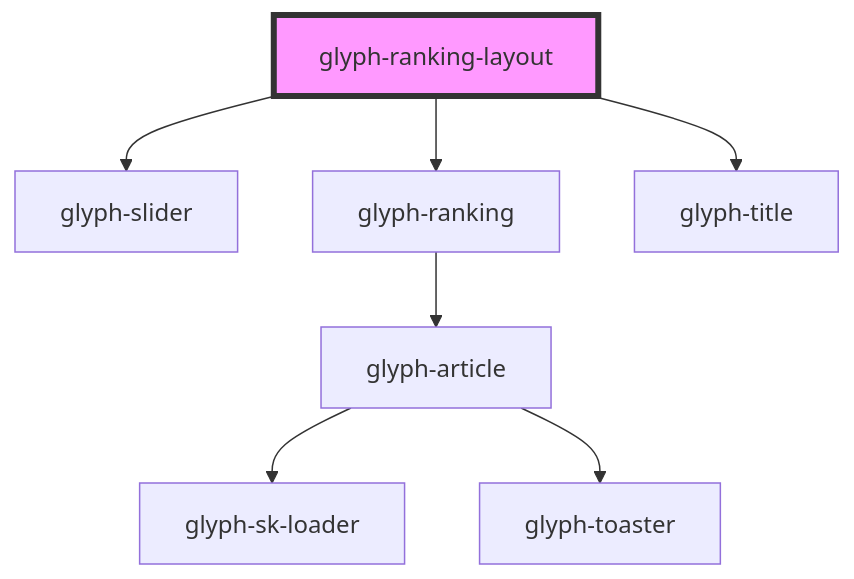
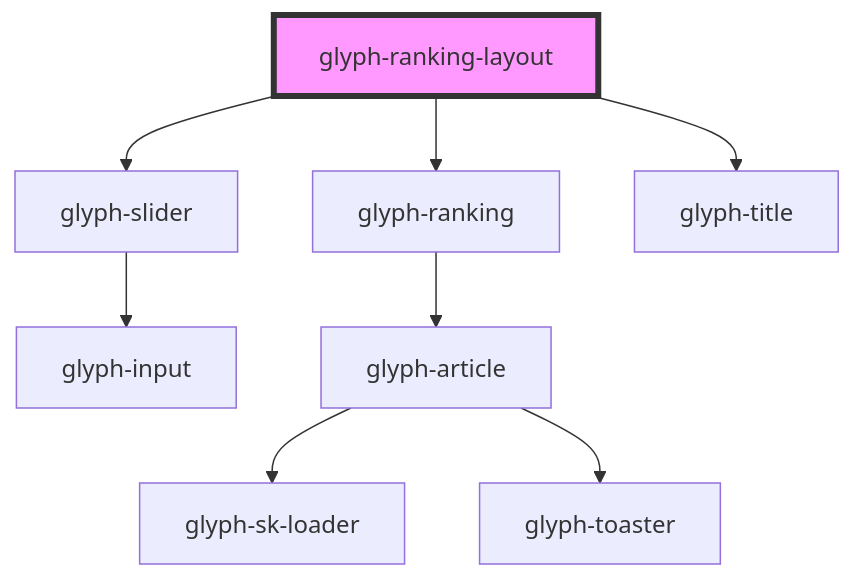
One commit to adrianiy/synth-ui changed the diagram in packages/glyph-components/src/components/layouts/ranking/readme.md. Above: the diagram before and after it, drawn with Mermaid. The commit also changed 97 other files, not shown here.

````diff
--- a/packages/glyph-components/src/components/layouts/ranking/readme.md
+++ b/packages/glyph-components/src/components/layouts/ranking/readme.md
@@ -33,10 +33,11 @@
 ```mermaid
 graph TD;
   glyph-ranking-layout --> glyph-slider
   glyph-ranking-layout --> glyph-ranking
   glyph-ranking-layout --> glyph-title
+  glyph-slider --> glyph-input
   glyph-ranking --> glyph-article
   glyph-article --> glyph-sk-loader
   glyph-article --> glyph-toaster
   style glyph-ranking-layout fill:#f9f,stroke:#333,stroke-width:4px
 ```
````
